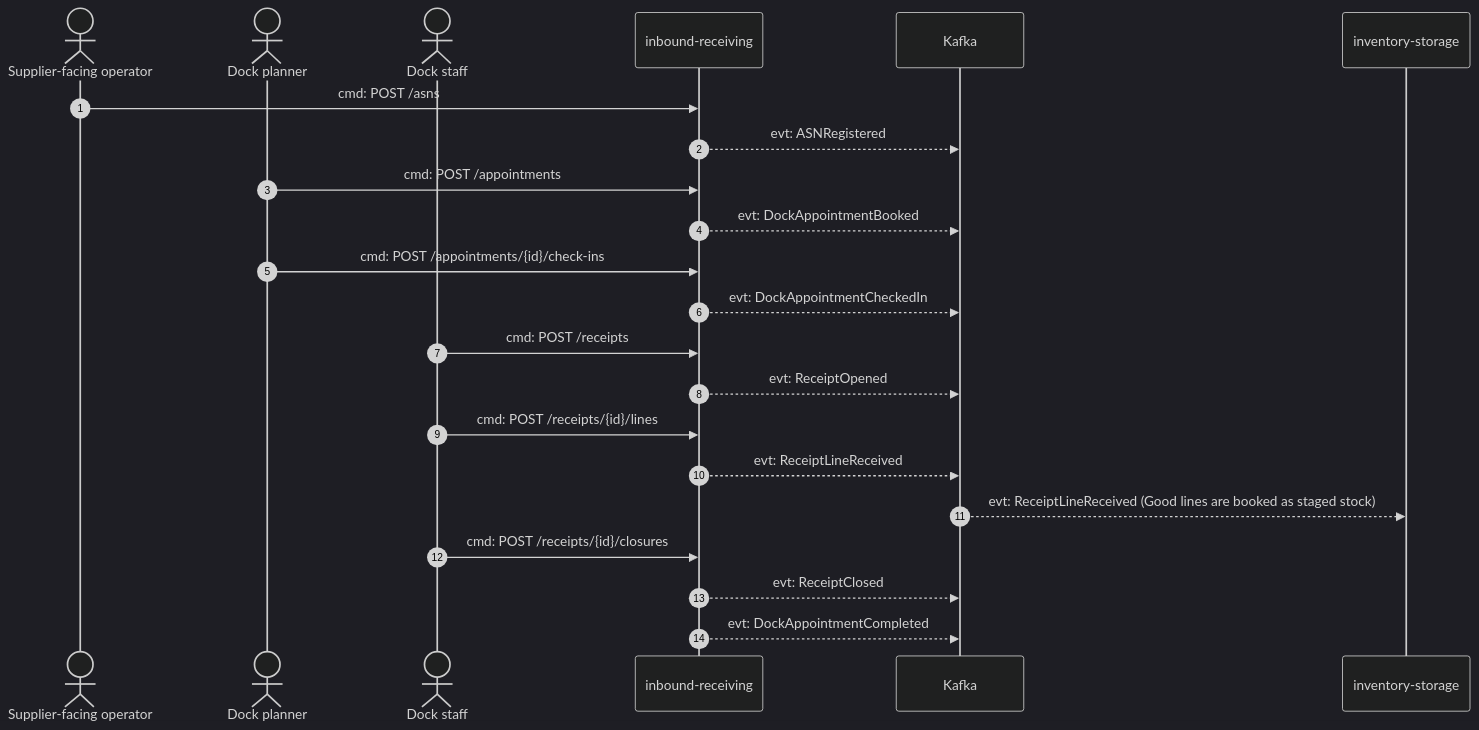
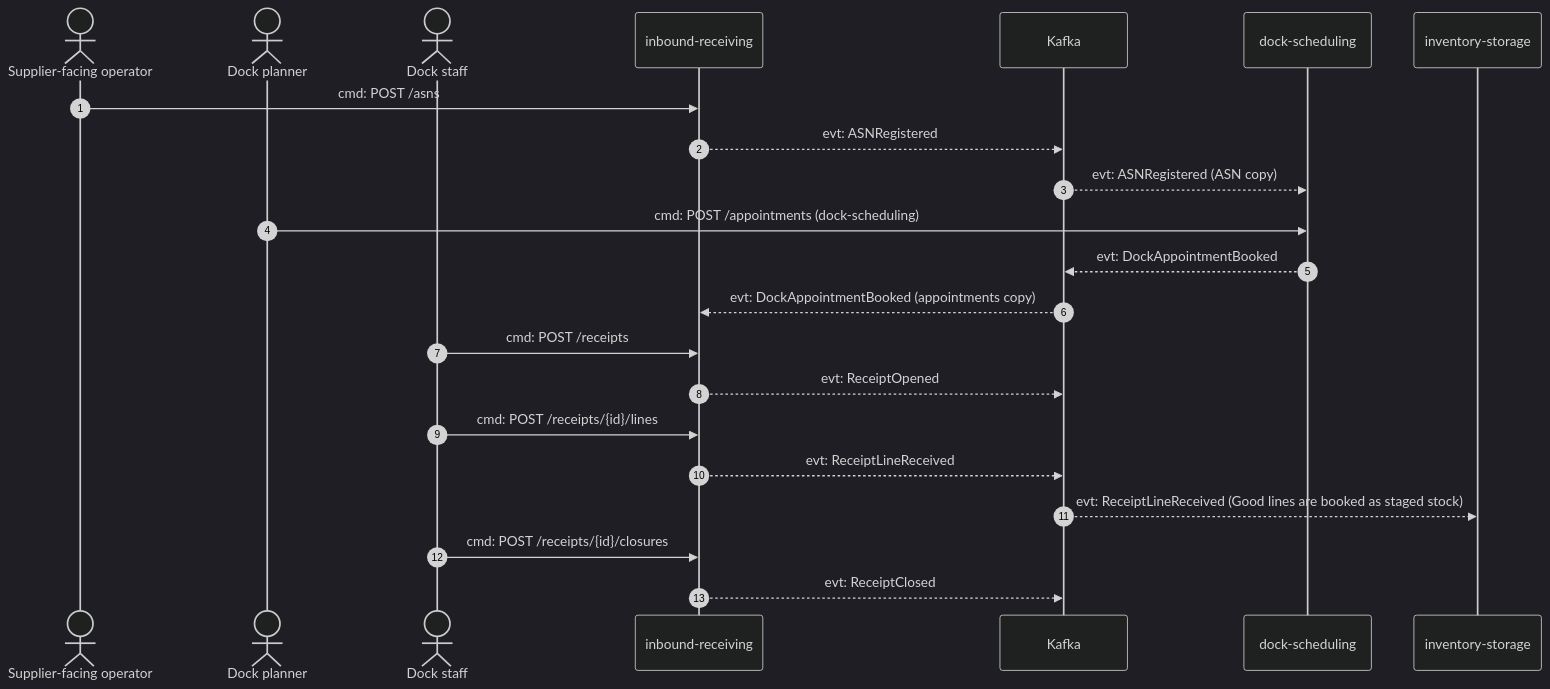
One commit to IQVO/warehouse-docs changed the first of 3 diagrams in docs/contexts/inbound-receiving/domain-message-flow.md. Above: the diagram before and after it, drawn with Mermaid (dark theme). The commit also changed other lines of this file and 16 other files, not shown here.

````diff
--- a/docs/contexts/inbound-receiving/domain-message-flow.md
+++ b/docs/contexts/inbound-receiving/domain-message-flow.md
@@ -25,25 +25,25 @@
 ```mermaid
 sequenceDiagram
   autonumber
   actor Sup as Supplier-facing operator
   actor Plan as Dock planner
   actor Dock as Dock staff
   participant IR as inbound-receiving
   participant K as Kafka
+  participant DS as dock-scheduling
   participant INV as inventory-storage
 
   Sup->>IR: cmd: POST /asns
   IR-->>K: evt: ASNRegistered
-  Plan->>IR: cmd: POST /appointments
-  IR-->>K: evt: DockAppointmentBooked
-  Plan->>IR: cmd: POST /appointments/{id}/check-ins
-  IR-->>K: evt: DockAppointmentCheckedIn
+  K-->>DS: evt: ASNRegistered (ASN copy)
+  Plan->>DS: cmd: POST /appointments (dock-scheduling)
+  DS-->>K: evt: DockAppointmentBooked
+  K-->>IR: evt: DockAppointmentBooked (appointments copy)
   Dock->>IR: cmd: POST /receipts
   IR-->>K: evt: ReceiptOpened
   Dock->>IR: cmd: POST /receipts/{id}/lines
   IR-->>K: evt: ReceiptLineReceived
   K-->>INV: evt: ReceiptLineReceived (Good lines are booked as staged stock)
   Dock->>IR: cmd: POST /receipts/{id}/closures
   IR-->>K: evt: ReceiptClosed
-  IR-->>K: evt: DockAppointmentCompleted
 ```
````
